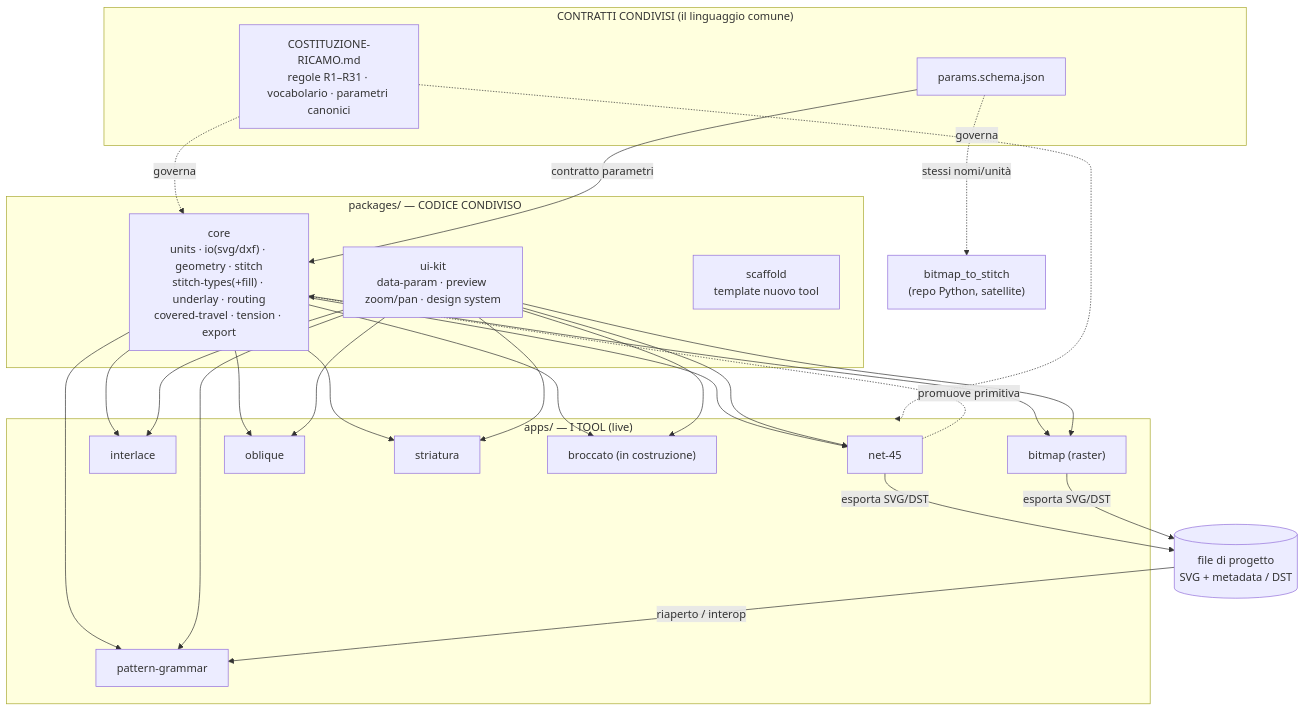
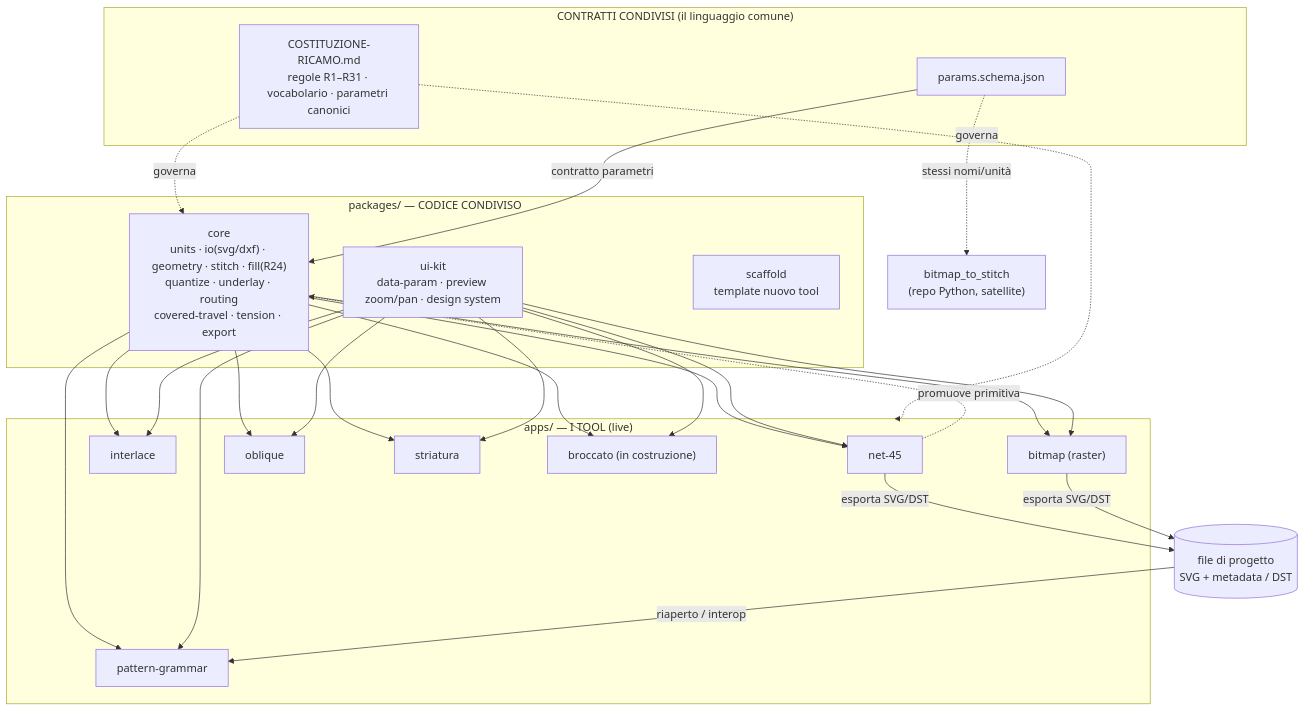
The diagram in ARCHITETTURA.md (LorenzoErcoli/RG-EMBROIDERY-TOOLS-SUITE), drawn with Mermaid before and after one commit. The commit also changed other lines of this file and 10 other files, not shown here.

````diff
--- a/ARCHITETTURA.md
+++ b/ARCHITETTURA.md
@@ -26,39 +26,39 @@
 ```mermaid
 graph TD
   subgraph Contratti["CONTRATTI CONDIVISI (il linguaggio comune)"]
     COST["COSTITUZIONE-RICAMO.md<br/>regole R1–R31 · vocabolario · parametri canonici"]
     SCHEMA["params.schema.json"]
   end
 
   subgraph Packages["packages/ — CODICE CONDIVISO"]
-    CORE["core<br/>units · io(svg/dxf) · geometry · stitch<br/>stitch-types(+fill) · underlay · routing<br/>covered-travel · tension · export"]
+    CORE["core<br/>units · io(svg/dxf) · geometry · stitch · fill(R24)<br/>quantize · underlay · routing<br/>covered-travel · tension · export"]
     UIKIT["ui-kit<br/>data-param · preview zoom/pan · design system"]
     SCAFFOLD["scaffold<br/>template nuovo tool"]
   end
 
   subgraph Apps["apps/ — I TOOL (live)"]
     N45["net-45"]
     PG["pattern-grammar"]
     ILC["interlace"]
     BMP["bitmap (raster)"]
     OBQ["oblique"]
     STR["striatura"]
     BRC["broccato (in costruzione)"]
   end
 
   BITMAP["bitmap_to_stitch<br/>(repo Python, satellite)"]
   PROJ[("file di progetto<br/>SVG + metadata / DST")]
 
   COST -. governa .-> CORE
   COST -. governa .-> Apps
   SCHEMA -->|contratto parametri| CORE
   SCHEMA -. stessi nomi/unità .-> BITMAP
 
   CORE --> N45 & PG & ILC & BMP & OBQ & STR & BRC
   UIKIT --> N45 & PG & ILC & BMP & OBQ & STR & BRC
   N45 -. promuove primitiva .-> CORE
 
   N45 -->|esporta SVG/DST| PROJ
   BMP -->|esporta SVG/DST| PROJ
   PROJ -->|riaperto / interop| PG
 ```
````
